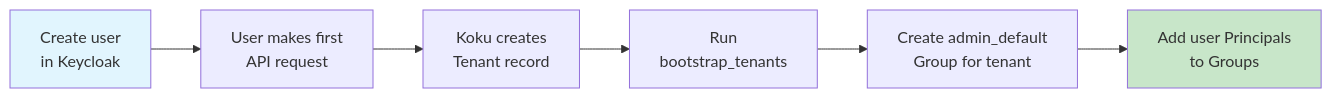
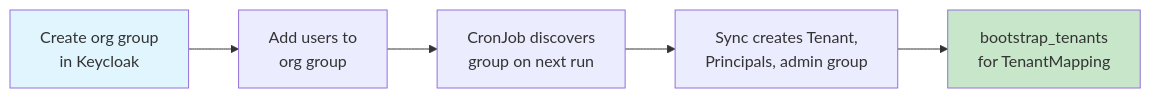
The sixth of 7 diagrams in docs/operations/rbac-setup.md (insights-onprem/cost-onprem-chart), drawn with Mermaid before and after one commit. The commit also changed other lines of this file and 2 other files, not shown here.

First line of the commit message:
test: multi-org test coverage and documentation updates

````diff
--- a/docs/operations/rbac-setup.md
+++ b/docs/operations/rbac-setup.md
@@ -637,11 +637,10 @@
 ```mermaid
 flowchart LR
-    A[Create user<br/>in Keycloak] --> B[User makes first<br/>API request]
-    B --> C[Koku creates<br/>Tenant record]
-    C --> D[Run<br/>bootstrap_tenants]
-    D --> E[Create admin_default<br/>Group for tenant]
-    E --> F[Add user Principals<br/>to Groups]
+    A["Create org group<br/>in Keycloak"] --> B["Add users to<br/>org group"]
+    B --> C["CronJob discovers<br/>group on next run"]
+    C --> D["Sync creates Tenant,<br/>Principals, admin group"]
+    D --> E["bootstrap_tenants<br/>for TenantMapping"]
 
     style A fill:#e1f5fe
-    style F fill:#c8e6c9
+    style E fill:#c8e6c9
 ```
````
